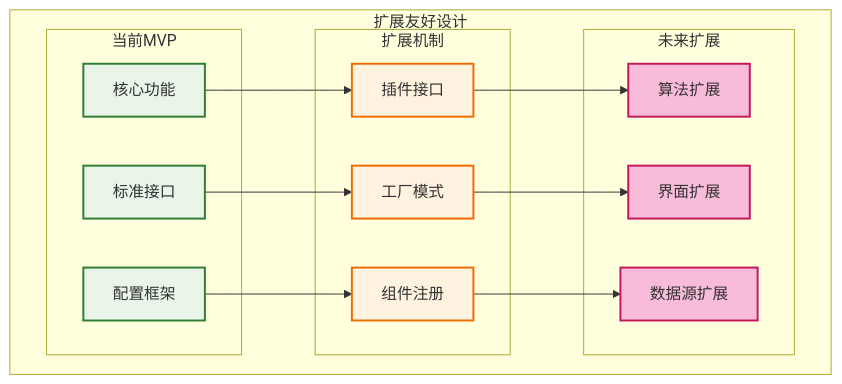
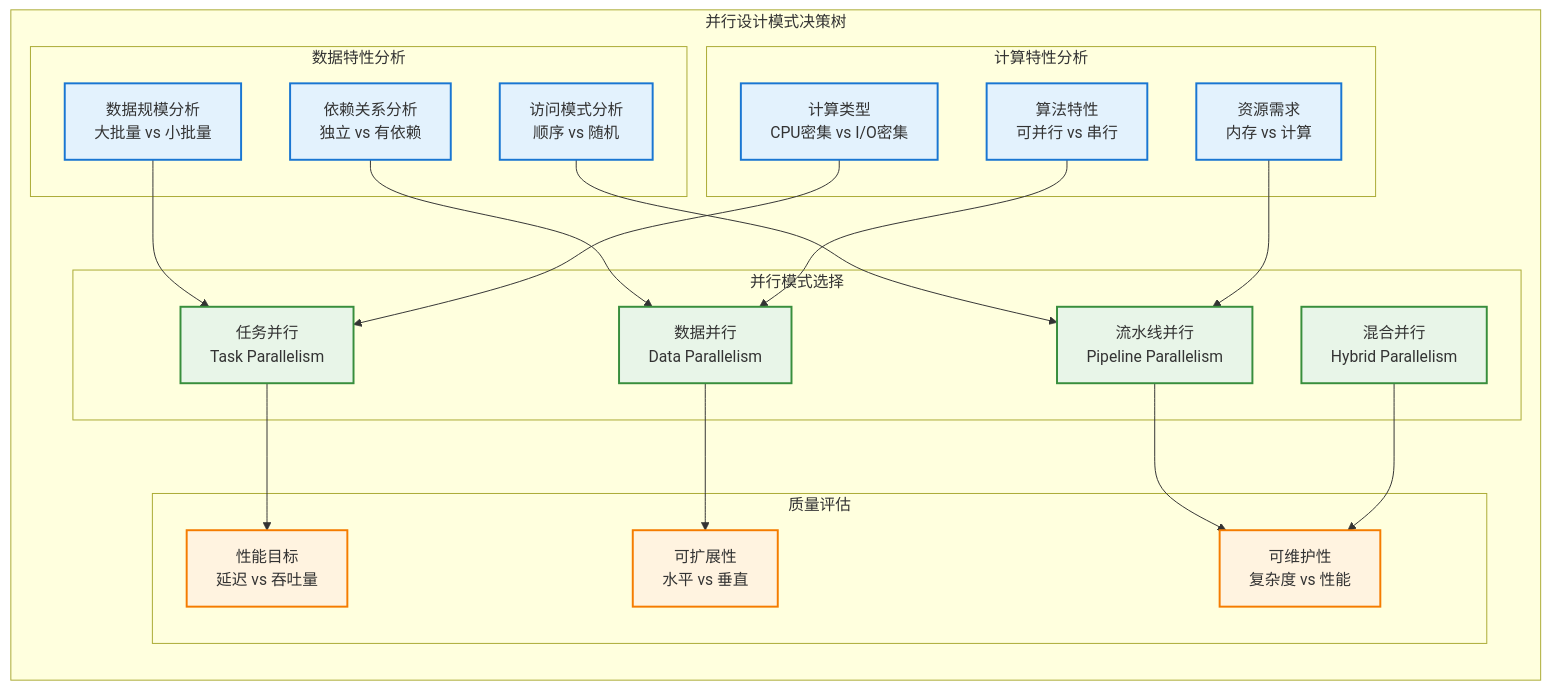
One commit to wendizhou99-cell/Radar changed diagram 17 of 51 in docs/01_项目设计/MVP系统设计文档.md. Above: the diagram before and after it, drawn with Mermaid. The commit also changed other lines of this file and 208 other files, not shown here.

````diff
--- a/docs/01_项目设计/MVP系统设计文档.md
+++ b/docs/01_项目设计/MVP系统设计文档.md
@@ -1176,40 +1234,53 @@
 ```mermaid
-graph LR
-    subgraph "扩展友好设计"
-        direction LR
+flowchart TB
+    subgraph "并行设计模式决策树"
+        direction TB
 
-        subgraph "当前MVP"
-            MVP_CORE[核心功能]
-            MVP_INTERFACE[标准接口]
-            MVP_CONFIG[配置框架]
+        subgraph "数据特性分析"
+            DATA_SIZE[数据规模分析<br/>大批量 vs 小批量]
+            DATA_DEPENDENCY[依赖关系分析<br/>独立 vs 有依赖]
+            DATA_PATTERN[访问模式分析<br/>顺序 vs 随机]
         end
 
-        subgraph "扩展机制"
-            PLUGIN[插件接口]
-            FACTORY[工厂模式]
-            REGISTRY[组件注册]
+        subgraph "计算特性分析"
+            COMPUTE_TYPE[计算类型<br/>CPU密集 vs I/O密集]
+            ALGORITHM_NATURE[算法特性<br/>可并行 vs 串行]
+            RESOURCE_REQUIREMENT[资源需求<br/>内存 vs 计算]
         end
 
-        subgraph "未来扩展"
-            EXT_ALG[算法扩展]
-            EXT_UI[界面扩展]
-            EXT_DATA[数据源扩展]
+        subgraph "并行模式选择"
+            TASK_PARALLEL[任务并行<br/>Task Parallelism]
+            DATA_PARALLEL[数据并行<br/>Data Parallelism]
+            PIPELINE_PARALLEL[流水线并行<br/>Pipeline Parallelism]
+            HYBRID_PARALLEL[混合并行<br/>Hybrid Parallelism]
         end
 
-        MVP_CORE --> PLUGIN
-        MVP_INTERFACE --> FACTORY
-        MVP_CONFIG --> REGISTRY
+        subgraph "质量评估"
+            PERFORMANCE_TARGET[性能目标<br/>延迟 vs 吞吐量]
+            SCALABILITY_TARGET[可扩展性<br/>水平 vs 垂直]
+            MAINTAINABILITY[可维护性<br/>复杂度 vs 性能]
+        end
 
-        PLUGIN --> EXT_ALG
-        FACTORY --> EXT_UI
-        REGISTRY --> EXT_DATA
+        %% 决策流程
+        DATA_SIZE --> TASK_PARALLEL
+        DATA_DEPENDENCY --> DATA_PARALLEL
+        DATA_PATTERN --> PIPELINE_PARALLEL
+
+        COMPUTE_TYPE --> TASK_PARALLEL
+        ALGORITHM_NATURE --> DATA_PARALLEL
+        RESOURCE_REQUIREMENT --> PIPELINE_PARALLEL
+
+        TASK_PARALLEL --> PERFORMANCE_TARGET
+        DATA_PARALLEL --> SCALABILITY_TARGET
+        PIPELINE_PARALLEL --> MAINTAINABILITY
+        HYBRID_PARALLEL --> MAINTAINABILITY
     end
 
-    classDef mvp fill:#e8f5e8,stroke:#2e7d32,stroke-width:2px
-    classDef ext fill:#fff3e0,stroke:#ef6c00,stroke-width:2px
-    classDef future fill:#f8bbd9,stroke:#c2185b,stroke-width:2px
+    classDef analysis fill:#e3f2fd,stroke:#1976d2,stroke-width:2px
+    classDef pattern fill:#e8f5e8,stroke:#388e3c,stroke-width:2px
+    classDef quality fill:#fff3e0,stroke:#f57c00,stroke-width:2px
 
-    class MVP_CORE,MVP_INTERFACE,MVP_CONFIG mvp
-    class PLUGIN,FACTORY,REGISTRY ext
-    class EXT_ALG,EXT_UI,EXT_DATA future
+    class DATA_SIZE,DATA_DEPENDENCY,DATA_PATTERN,COMPUTE_TYPE,ALGORITHM_NATURE,RESOURCE_REQUIREMENT analysis
+    class TASK_PARALLEL,DATA_PARALLEL,PIPELINE_PARALLEL,HYBRID_PARALLEL pattern
+    class PERFORMANCE_TARGET,SCALABILITY_TARGET,MAINTAINABILITY quality
 ```
````
